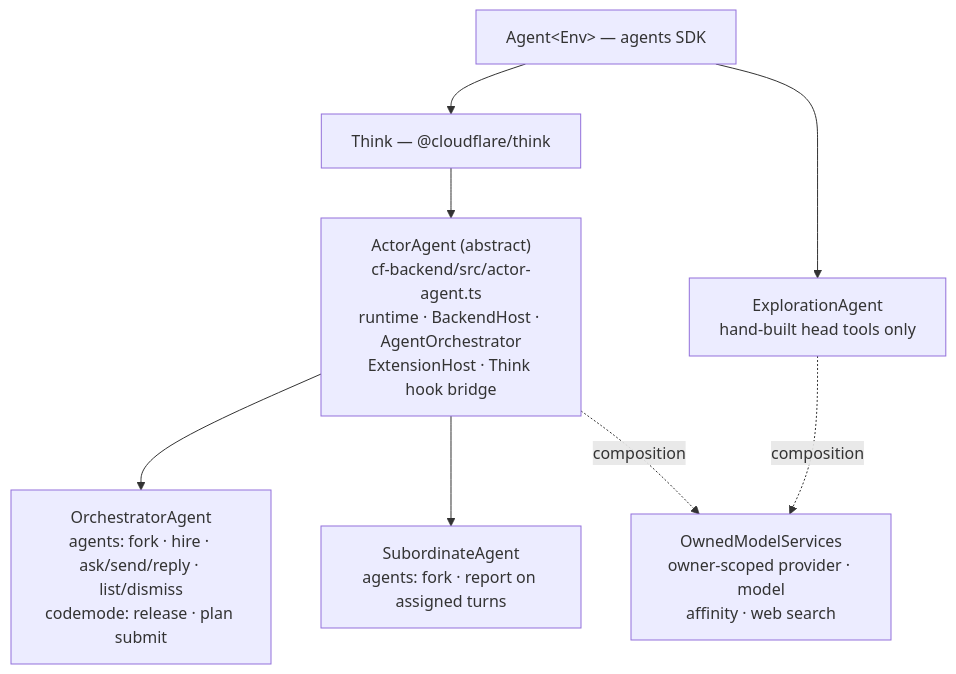
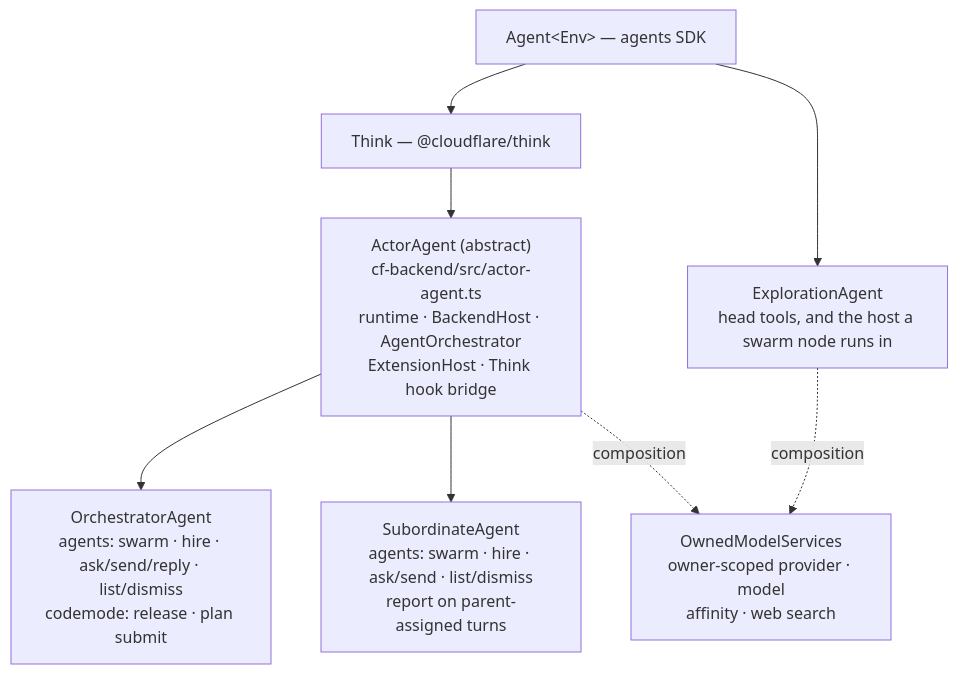
Before and after one commit to AshishKumar4/Proteus: the second of 5 diagrams in docs/ARCHITECTURE.md, drawn with Mermaid. The commit also changed other lines of this file, not shown here.

````diff
--- a/docs/ARCHITECTURE.md
+++ b/docs/ARCHITECTURE.md
@@ -62,17 +63,17 @@
 ```mermaid
 graph TB
     A["Agent&lt;Env&gt; — agents SDK"]
     T["Think — @cloudflare/think"]
     AA["ActorAgent (abstract)<br/>cf-backend/src/actor-agent.ts<br/>runtime · BackendHost · AgentOrchestrator<br/>ExtensionHost · Think hook bridge"]
-    O["OrchestratorAgent<br/>agents: fork · hire · ask/send/reply · list/dismiss<br/>codemode: release · plan submit"]
-    S["SubordinateAgent<br/>agents: fork · report on assigned turns"]
-    E["ExplorationAgent<br/>hand-built head tools only"]
+    O["OrchestratorAgent<br/>agents: swarm · hire · ask/send/reply · list/dismiss<br/>codemode: release · plan submit"]
+    S["SubordinateAgent<br/>agents: swarm · hire · ask/send · list/dismiss<br/>report on parent-assigned turns"]
+    E["ExplorationAgent<br/>head tools, and the host a swarm node runs in"]
     OMS["OwnedModelServices<br/>owner-scoped provider · model<br/>affinity · web search"]
 
     A --> T --> AA
     AA --> O
     AA --> S
     A --> E
     AA -.->|composition| OMS
     E -.->|composition| OMS
 ```
````
